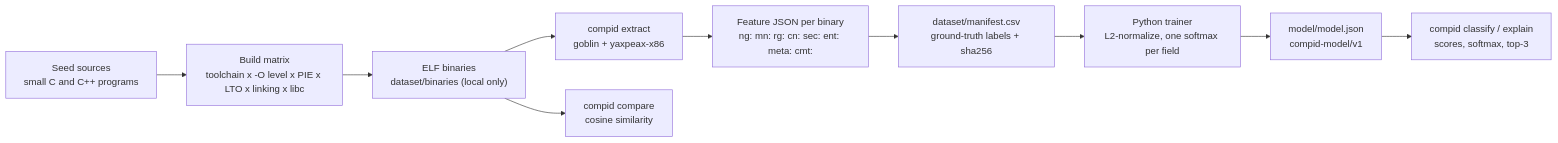
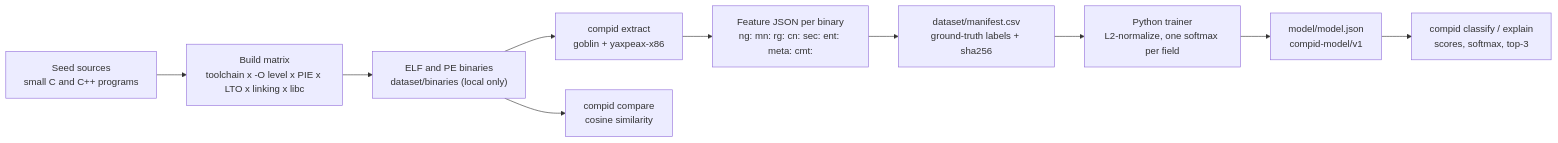
Before and after one commit to RXVEN-1907/compid: the diagram in docs/architecture.md, drawn with Mermaid. The commit also changed other lines of this file and 15 other files, not shown here.

````diff
--- a/docs/architecture.md
+++ b/docs/architecture.md
@@ -11,12 +11,12 @@
 ```mermaid
 flowchart LR
     S["Seed sources<br/>small C and C++ programs"] --> B["Build matrix<br/>toolchain x -O level x PIE x LTO x linking x libc"]
-    B --> BIN["ELF binaries<br/>dataset/binaries (local only)"]
+    B --> BIN["ELF and PE binaries<br/>dataset/binaries (local only)"]
     BIN --> X["compid extract<br/>goblin + yaxpeax-x86"]
     X --> F["Feature JSON per binary<br/>ng: mn: rg: cn: sec: ent: meta: cmt:"]
     F --> MF["dataset/manifest.csv<br/>ground-truth labels + sha256"]
     MF --> T["Python trainer<br/>L2-normalize, one softmax per field"]
     T --> MOD["model/model.json<br/>compid-model/v1"]
     MOD --> C["compid classify / explain<br/>scores, softmax, top-3"]
     BIN --> CMP["compid compare<br/>cosine similarity"]
 ```
````
